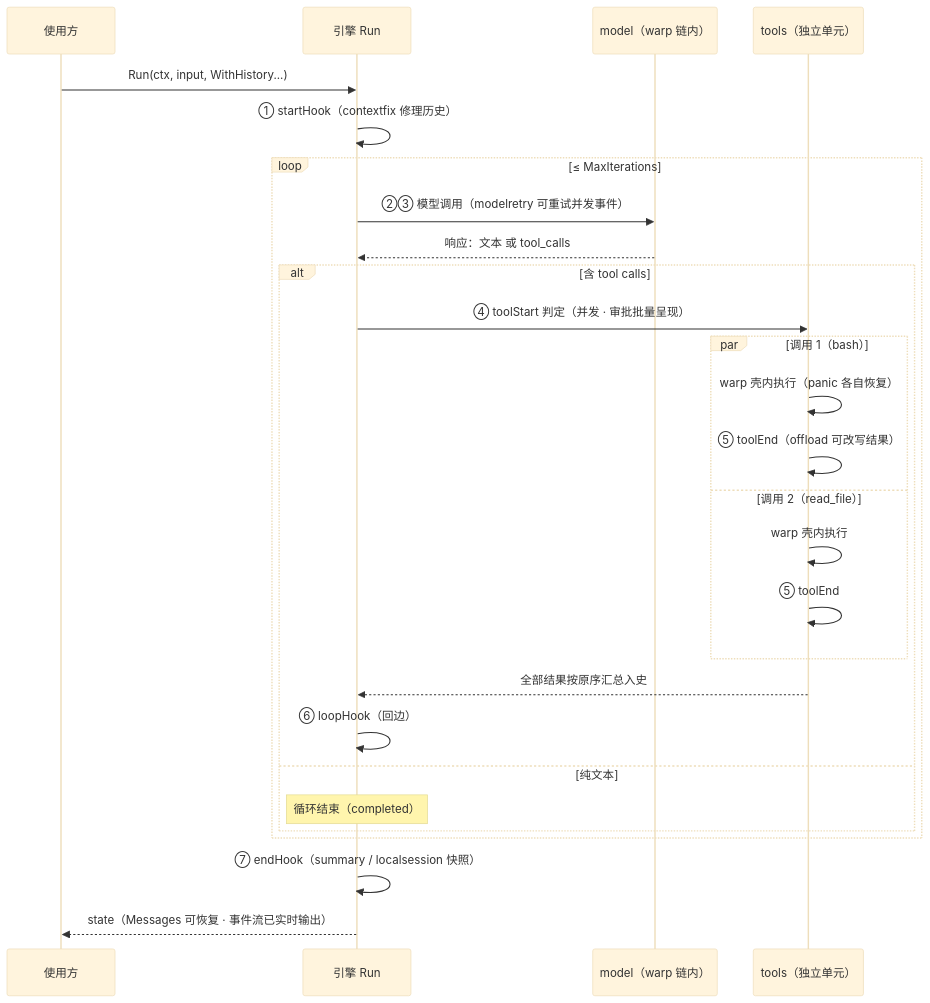
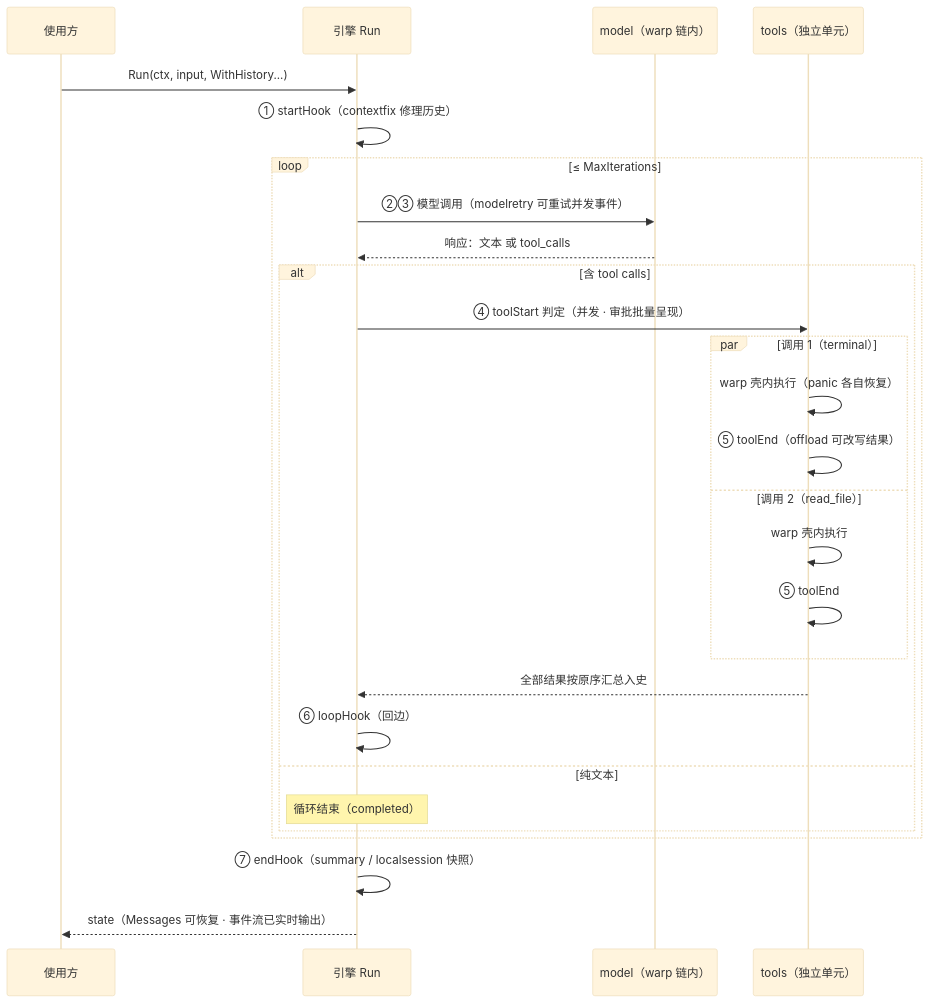
One commit to xuanlv2002/ezloop changed the fourth of 4 diagrams in README.md. Above: the diagram before and after it, drawn with Mermaid (base theme). The commit also changed 2 other files, not shown here.

Commit message:
feat: 文档修正

````diff
--- a/README.md
+++ b/README.md
@@ -170,33 +170,33 @@
 ```mermaid
 sequenceDiagram
     participant U as 使用方
     participant E as 引擎 Run
     participant M as model（warp 链内）
     participant T as tools（独立单元）
 
     U->>E: Run(ctx, input, WithHistory...)
     E->>E: ① startHook（contextfix 修理历史）
 
     loop ≤ MaxIterations
         E->>M: ②③ 模型调用（modelretry 可重试并发事件）
         M-->>E: 响应：文本 或 tool_calls
 
         alt 含 tool calls
             E->>T: ④ toolStart 判定（并发 · 审批批量呈现）
-            par 调用 1（bash）
+            par 调用 1（terminal）
                 T->>T: warp 壳内执行（panic 各自恢复）
                 T->>T: ⑤ toolEnd（offload 可改写结果）
             and 调用 2（read_file）
                 T->>T: warp 壳内执行
                 T->>T: ⑤ toolEnd
             end
             T-->>E: 全部结果按原序汇总入史
             E->>E: ⑥ loopHook（回边）
         else 纯文本
             Note over E: 循环结束（completed）
         end
     end
 
     E->>E: ⑦ endHook（summary / localsession 快照）
     E-->>U: state（Messages 可恢复 · 事件流已实时输出）
 ```
````
